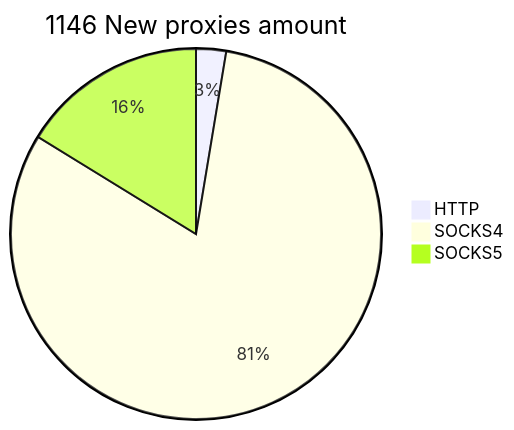
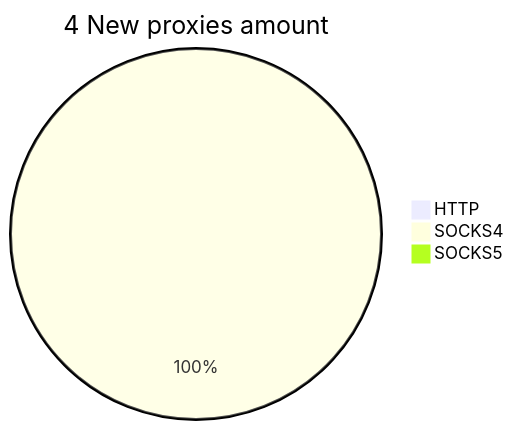
One commit to cutipu/proxylist changed the second of 2 diagrams in README.md. Above: the diagram before and after it, drawn with Mermaid. The commit also changed other lines of this file, not shown here.

````diff
--- a/README.md
+++ b/README.md
@@ -10,6 +10,6 @@
 ```mermaid
-pie title 1146 New proxies amount
-    "HTTP" : 30
-    "SOCKS4" : 930
-    "SOCKS5" : 186
+pie title 4 New proxies amount
+    "HTTP" : 0
+    "SOCKS4" : 4
+    "SOCKS5" : 0
 ```
````
